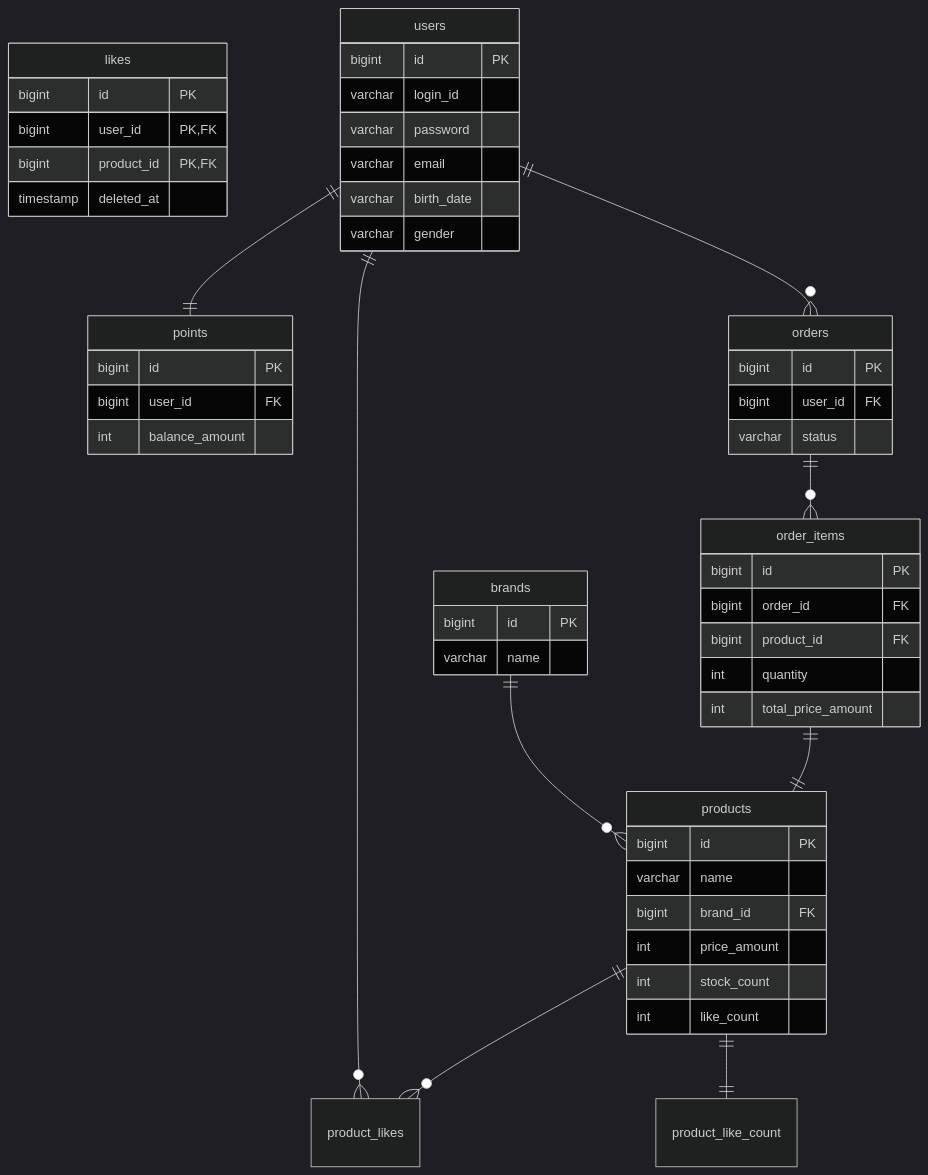
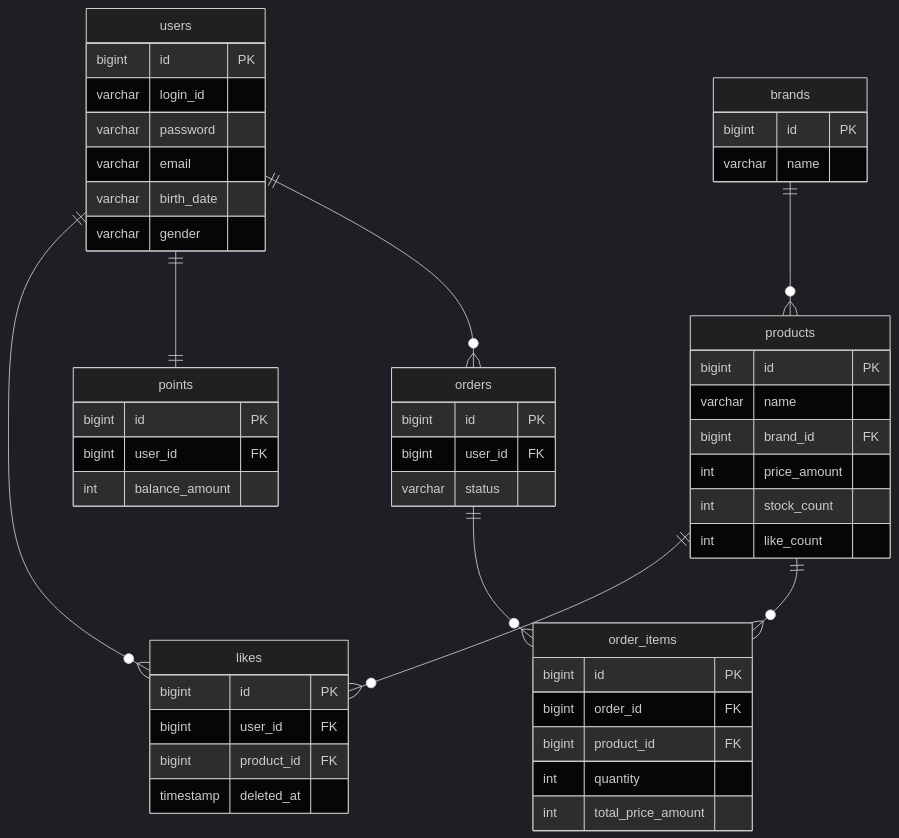
The diagram in .docs/week2/04-erd.md (lim-jaein/loopers-ecommerce), drawn with Mermaid (dark theme) before and after one commit. The commit also changed 1 other file, not shown here.

Commit message:
refactor : 다이어그램 보완
- 클래스 다이어그램에 연관관계 추가
- ERD 내용 보완

````diff
--- a/.docs/week2/04-erd.md
+++ b/.docs/week2/04-erd.md
@@ -1,55 +1,56 @@
 ```mermaid
 erDiagram
+%% created_at, updated_at 등 공통 컬럼은 모든 테이블에 포함되어 있습니다
 brands {
     bigint id PK
     varchar name
 }
 products {
     bigint id PK
     varchar name
     bigint brand_id FK
     int price_amount
     int stock_count
     int like_count
 }
 likes {
     bigint id PK
-    bigint user_id PK, FK
-    bigint product_id PK, FK
+    bigint user_id FK
+    bigint product_id FK
     timestamp deleted_at
 }
 users {
     bigint id PK
     varchar login_id
     varchar password
     varchar email
     varchar birth_date
     varchar gender
 }
 points {
     bigint id PK
     bigint user_id FK 
     int balance_amount
 }
 orders {
     bigint id PK
     bigint user_id FK
     varchar status
 }
 order_items {
     bigint id PK
     bigint order_id FK
     bigint product_id FK
     int quantity
     int total_price_amount
 }
 
 brands ||--o{ products : ""
-users ||--o{ product_likes : ""
+users ||--o{ likes : ""
 users ||--|| points : ""
 users ||--o{ orders : ""
 orders ||--o{ order_items : ""
-products ||--o{ product_likes : ""
-products ||--|| product_like_count : ""
-order_items ||--|| products : ""
+products ||--o{ likes : ""
+products ||--o{ order_items : ""
+
 ```
````
